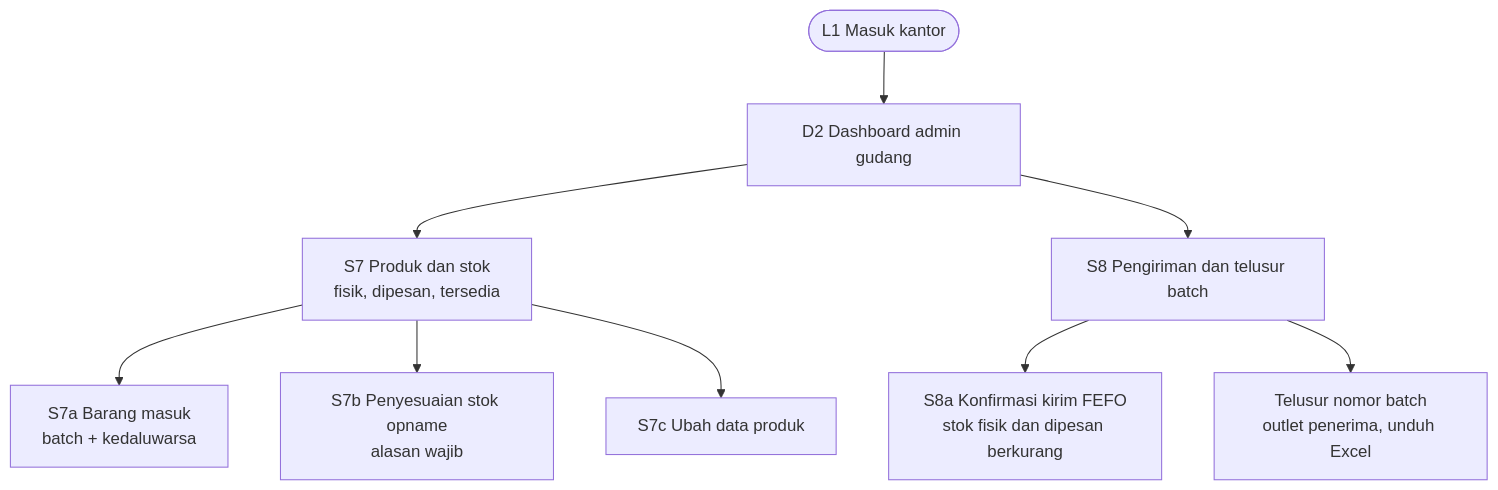
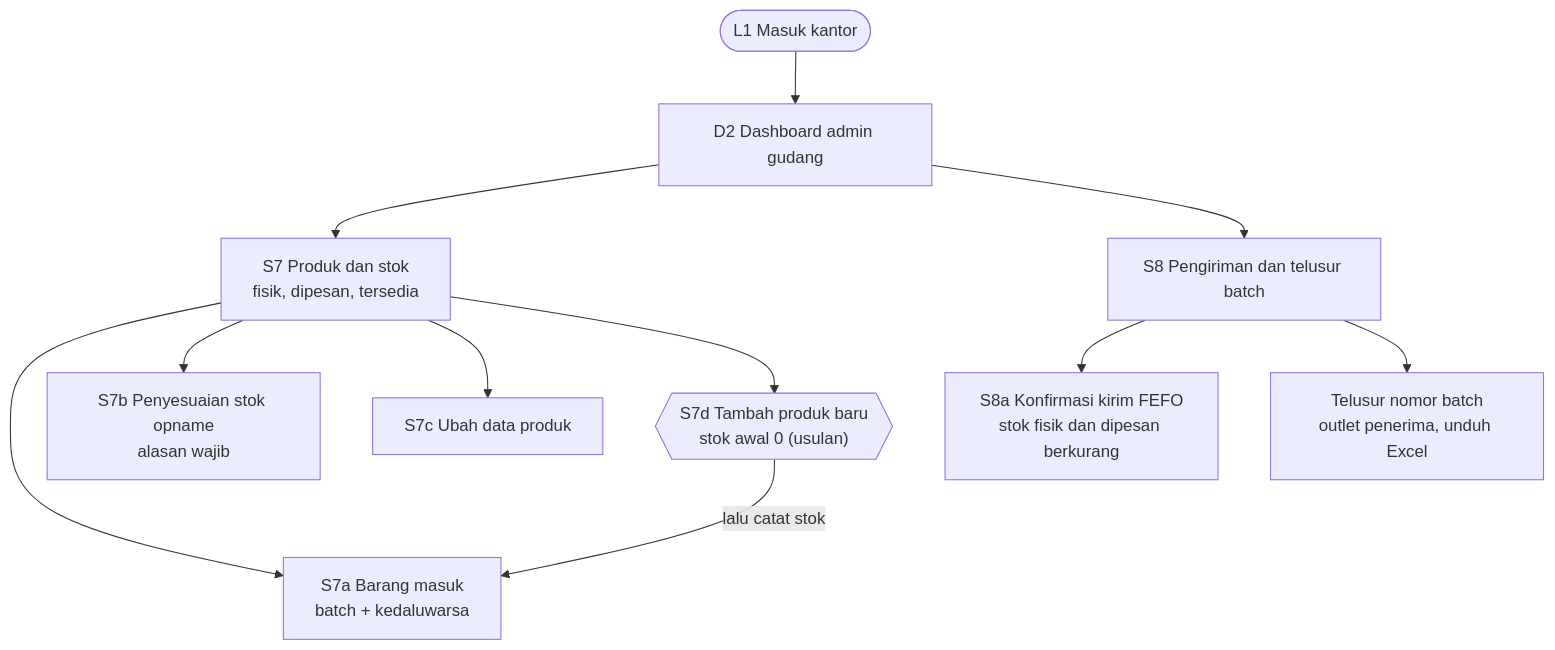
One commit to glayOne23/drpps_hackathon_2026 changed the third of 5 diagrams in proyek/arb-02/user-flow.md. Above: the diagram before and after it, drawn with Mermaid. The commit also changed other lines of this file and 1 other file, not shown here.

Commit message:
[feature] usulan S7d tambah produk baru

````diff
--- a/proyek/arb-02/user-flow.md
+++ b/proyek/arb-02/user-flow.md
@@ -54,11 +54,13 @@
 ```mermaid
 flowchart TD
     A([L1 Masuk kantor]) --> B[D2 Dashboard admin gudang]
     B --> C[S7 Produk dan stok<br/>fisik, dipesan, tersedia]
     C --> C1[S7a Barang masuk<br/>batch + kedaluwarsa]
     C --> C2[S7b Penyesuaian stok opname<br/>alasan wajib]
     C --> C3[S7c Ubah data produk]
+    C --> C4{{"S7d Tambah produk baru<br/>stok awal 0 (usulan)"}}
+    C4 -->|lalu catat stok| C1
     B --> D[S8 Pengiriman dan telusur batch]
     D --> D1[S8a Konfirmasi kirim FEFO<br/>stok fisik dan dipesan berkurang]
     D --> D2[Telusur nomor batch<br/>outlet penerima, unduh Excel]
 ```
````
